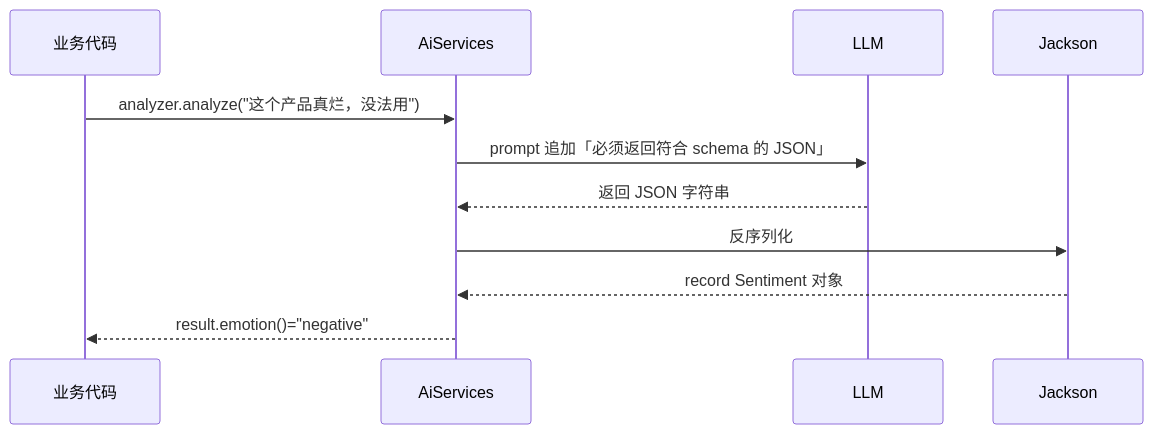
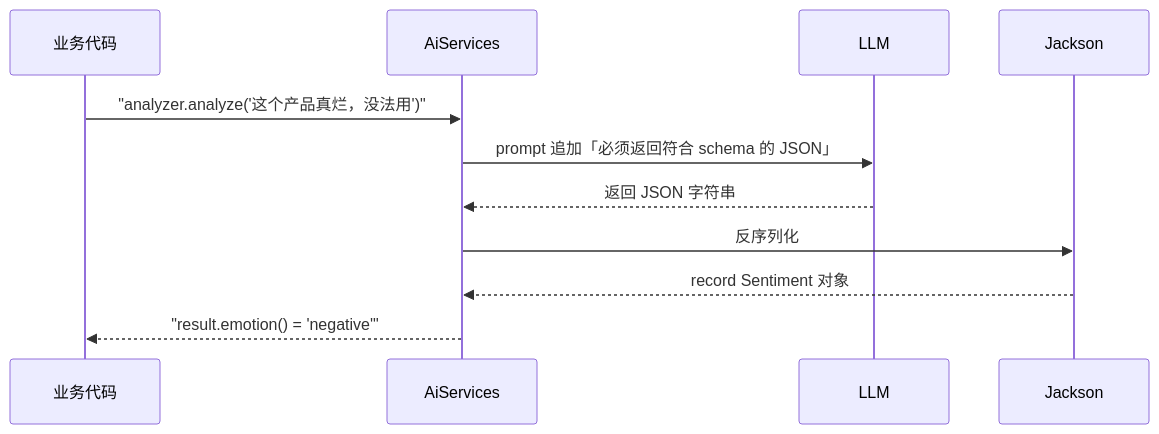
The second of 3 diagrams in docs/tutorials/langchain4j/04-AiServices声明式.md (UranusGit/java-agent-learn), drawn with Mermaid before and after one commit. The commit also changed other lines of this file and 137 other files, not shown here.

First line of the commit message:
docs全库mermaid图质量深化：改写残留字符画、补缺图、修坏图

````diff
--- a/docs/tutorials/langchain4j/04-AiServices声明式.md
+++ b/docs/tutorials/langchain4j/04-AiServices声明式.md
@@ -158,13 +158,13 @@
 ```mermaid
 sequenceDiagram
     participant App as 业务代码
     participant AS as AiServices
     participant LLM as LLM
     participant JS as Jackson
-    App->>AS: analyzer.analyze("这个产品真烂，没法用")
+    App->>AS: "analyzer.analyze('这个产品真烂，没法用')"
     AS->>LLM: prompt 追加「必须返回符合 schema 的 JSON」
     LLM-->>AS: 返回 JSON 字符串
     AS->>JS: 反序列化
     JS-->>AS: record Sentiment 对象
-    AS-->>App: result.emotion()="negative"
+    AS-->>App: "result.emotion() = 'negative'"
 ```
````
